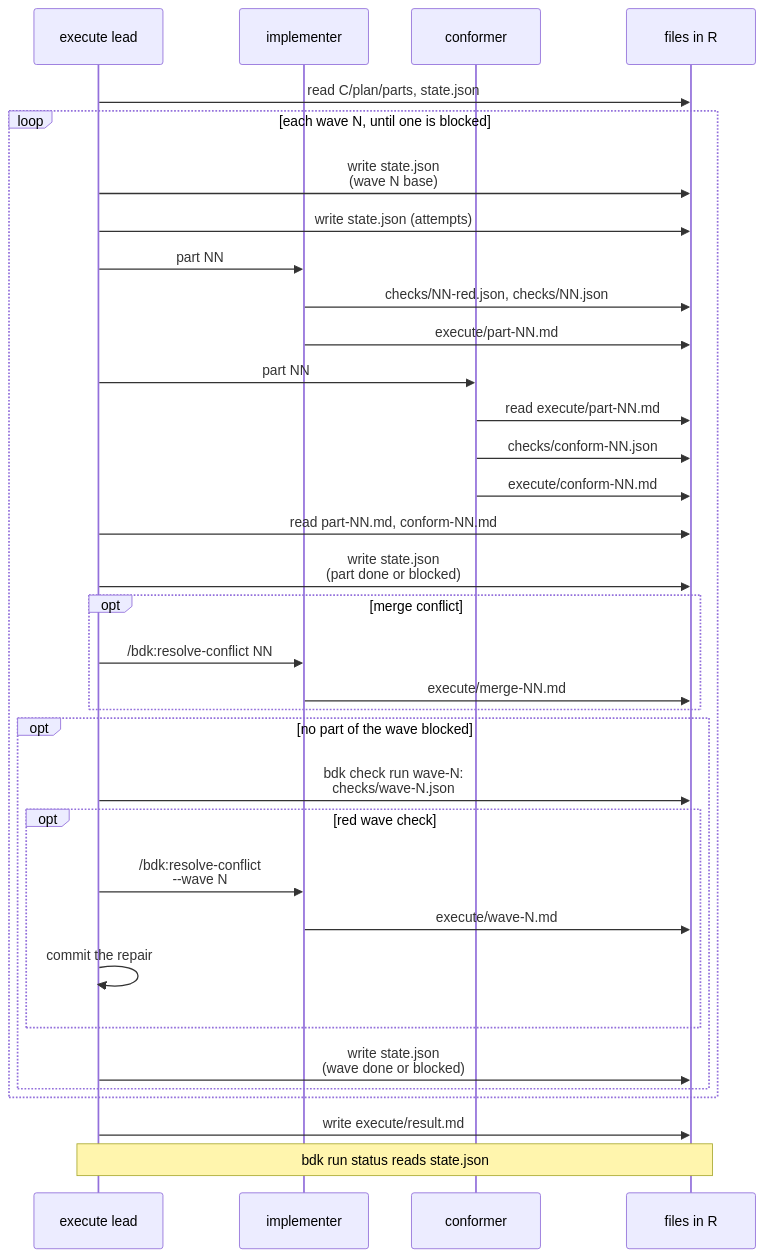
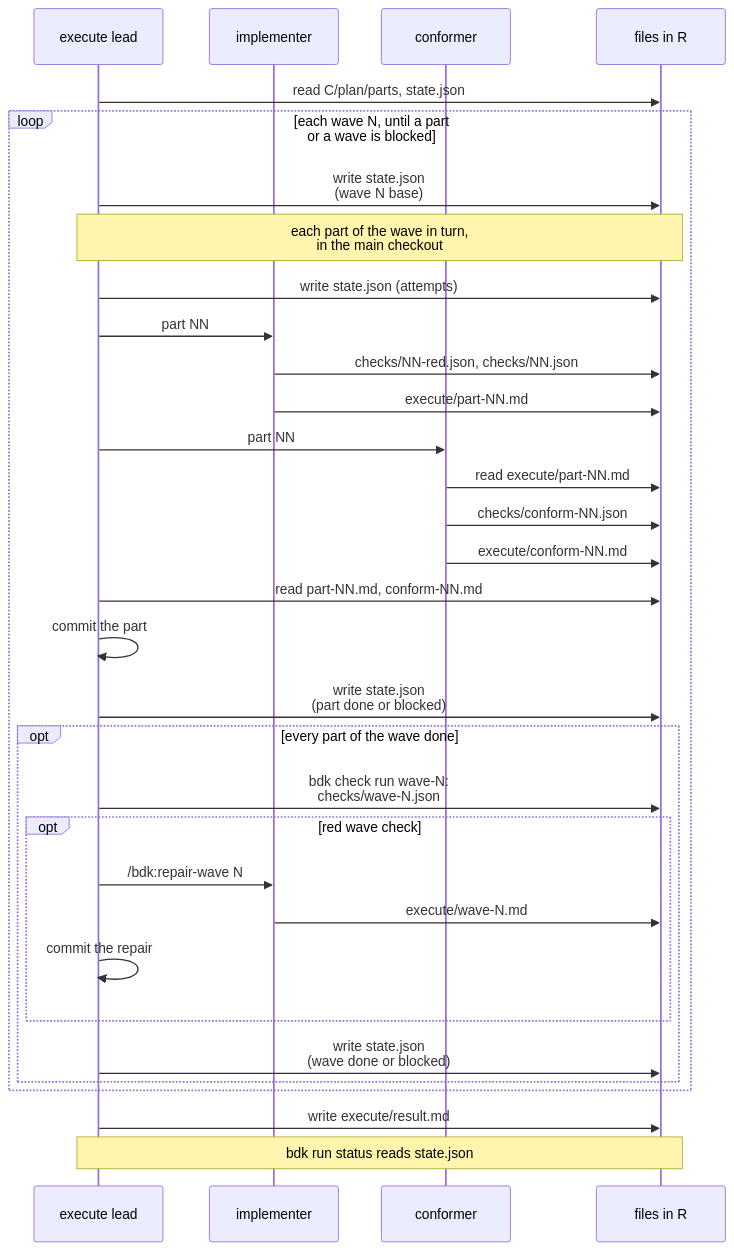
Before and after one commit to broneq/bdk: the second of 5 diagrams in docs/concepts/run-state.md, drawn with Mermaid. The commit also changed other lines of this file and 185 other files, not shown here.

First line of the commit message:
feat(execute)!: build every part in the main checkout, one at a time

````diff
--- a/docs/concepts/run-state.md
+++ b/docs/concepts/run-state.md
@@ -119,36 +116,34 @@
 ```mermaid
 sequenceDiagram
   participant L as execute lead
   participant I as implementer
   participant F as conformer
   participant R as files in R
   L->>R: read C/plan/parts, state.json
-  loop each wave N, until one is blocked
+  loop each wave N, until a part<br/>or a wave is blocked
     L->>R: write state.json<br/>(wave N base)
+    Note over L,R: each part of the wave in turn,<br/>in the main checkout
     L->>R: write state.json (attempts)
     L->>I: part NN
     I->>R: checks/NN-red.json, checks/NN.json
     I->>R: execute/part-NN.md
     L->>F: part NN
     F->>R: read execute/part-NN.md
     F->>R: checks/conform-NN.json
     F->>R: execute/conform-NN.md
     L->>R: read part-NN.md, conform-NN.md
+    L->>L: commit the part
     L->>R: write state.json<br/>(part done or blocked)
-    opt merge conflict
-      L->>I: /bdk:resolve-conflict NN
-      I->>R: execute/merge-NN.md
-    end
-    opt no part of the wave blocked
+    opt every part of the wave done
       L->>R: bdk check run wave-N:<br/>checks/wave-N.json
       opt red wave check
-        L->>I: /bdk:resolve-conflict<br/>--wave N
+        L->>I: /bdk:repair-wave N
         I->>R: execute/wave-N.md
         L->>L: commit the repair
       end
       L->>R: write state.json<br/>(wave done or blocked)
     end
   end
   L->>R: write execute/result.md
   Note over L,R: bdk run status reads state.json
 ```
````
